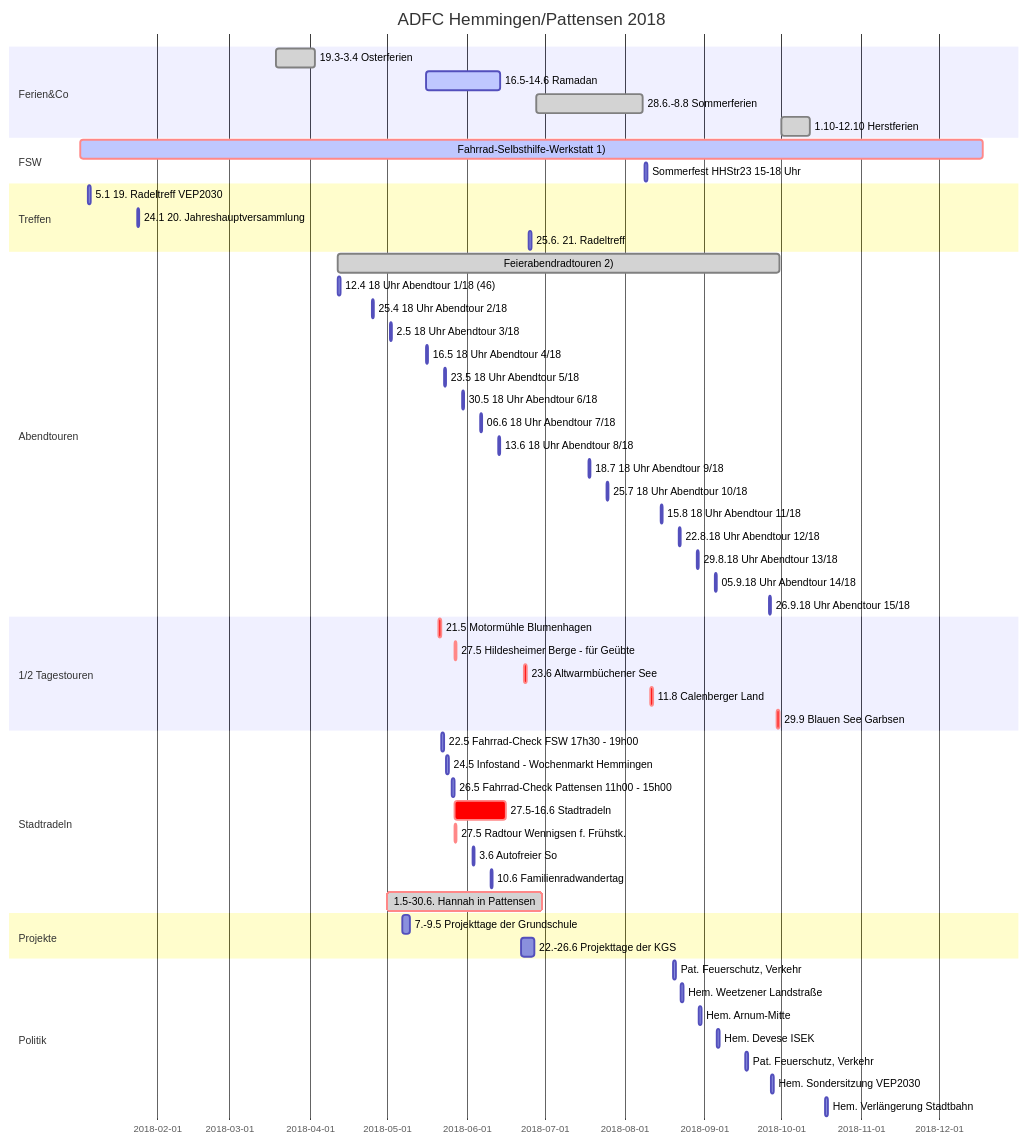
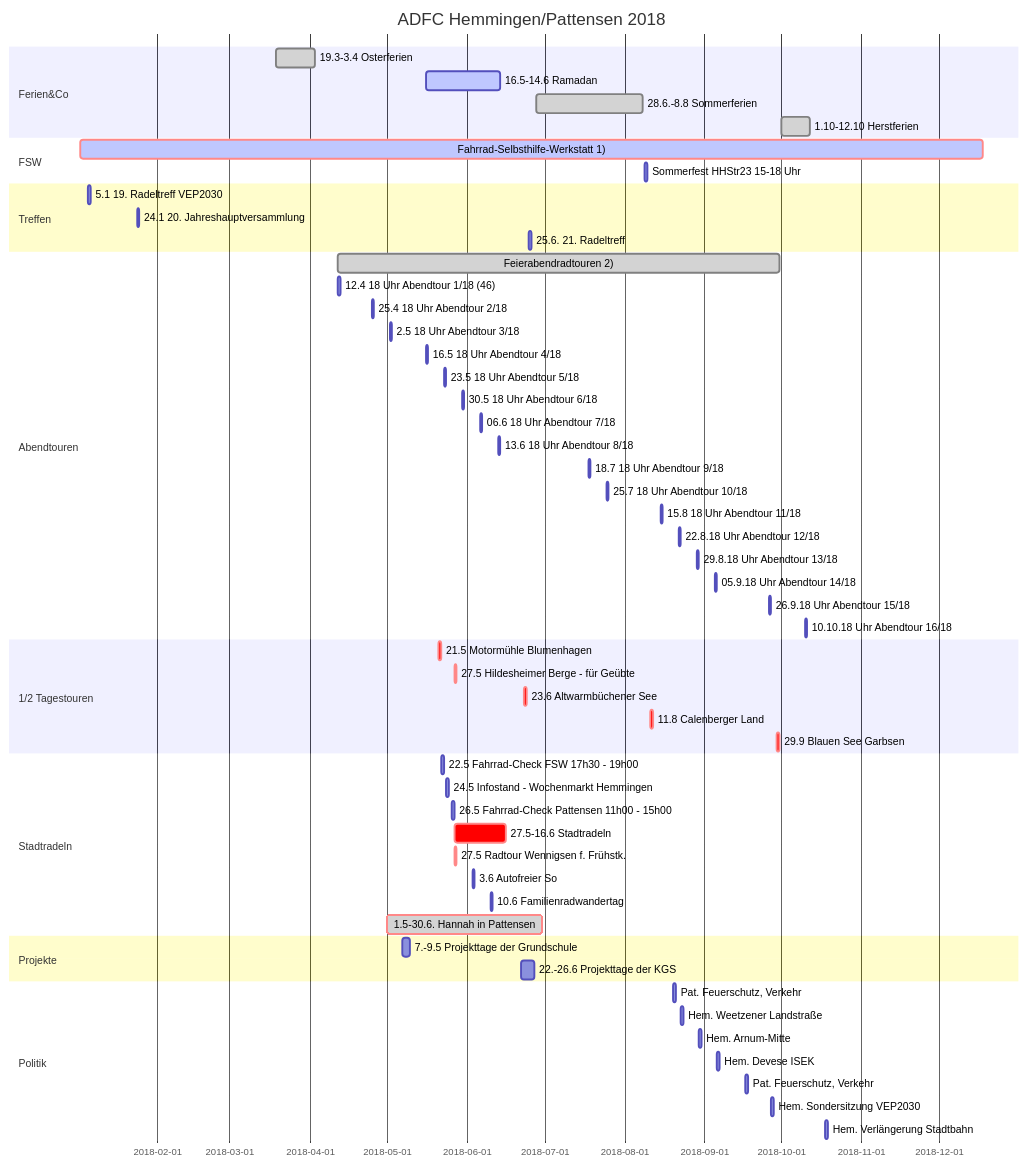
The diagram in index.md (adfc-hemmingen-pattensen/adfc-hemmingen-pattensen.github.io), drawn with Mermaid before and after one commit. The commit also changed other lines of this file and 3 other files, not shown here.

````diff
--- a/index.md
+++ b/index.md
@@ -75,69 +74,70 @@
 ```mermaid
 gantt
   title ADFC Hemmingen/Pattensen 2018
   dateFormat  DD.MM.YY
 
 section Ferien&Co
   19.3-3.4 Osterferien                        :done,        19.03.18, 03.04.18
   16.5-14.6  Ramadan                          :active,done, 16.05.18, 14.06.18
   28.6.-8.8 Sommerferien                      :done,        28.06.18, 08.08.18
   1.10-12.10 Herstferien                      :done,        01.10.18, 12.10.18
 
 section FSW
   Fahrrad-Selbsthilfe-Werkstatt 1)            :crit,active, 02.01.18, 18.12.18
   Sommerfest HHStr23  15-18 Uhr      : 09.08.18, 1d
 
 section Treffen
   5.1 19. Radeltreff VEP2030        : 05.01.18, 1d
   24.1 20. Jahreshauptversammlung   : 24.01.18, 1d
   25.6. 21. Radeltreff              : 25.06.18, 1d
 
 section Abendtouren
   Feierabendradtouren 2)        :done, 12.04.18, 30.09.18
 12.4 18 Uhr Abendtour 1/18 (46) : 12.04.18,1d
 25.4 18 Uhr Abendtour 2/18    : 25.04.18,1d
 2.5 18 Uhr Abendtour 3/18     : 02.05.18,1d
 16.5 18 Uhr Abendtour 4/18     : 16.05.18,1d
 23.5 18 Uhr Abendtour 5/18      : 23.05.18,1d
 30.5 18 Uhr Abendtour 6/18      : 30.05.18,1d
 06.6 18 Uhr Abendtour 7/18      : 06.06.18,1d
 13.6 18 Uhr Abendtour 8/18      : 13.06.18,1d
 18.7 18 Uhr Abendtour 9/18      : 18.07.18,1d
 25.7 18 Uhr Abendtour 10/18      : 25.07.18,1d
 15.8 18 Uhr Abendtour 11/18      : 15.08.18,1d
 22.8.18 Uhr Abendtour 12/18      : 22.08.18,1d
 29.8.18 Uhr Abendtour 13/18      : 29.08.18,1d
 05.9.18 Uhr Abendtour 14/18      : 05.09.18,1d
 26.9.18 Uhr Abendtour 15/18      : 26.09.18,1d
+10.10.18 Uhr Abendtour 16/18	 : 10.10.18,1d
 
 section 1/2 Tagestouren
   21.5 Motormühle Blumenhagen   :crit, 21.05.18,1d
   27.5 Hildesheimer Berge - für Geübte :crit, 27.05.18, 1d
   23.6 Altwarmbüchener See      :crit, 23.06.18,1d
   11.8 Calenberger Land         :crit, 11.08.18,1d
   29.9 Blauen See Garbsen       :crit, 29.09.18,1d
 
 
 section Stadtradeln
   22.5 Fahrrad-Check FSW 17h30 - 19h00                     :             22.05.18, 1d
   24.5 Infostand - Wochenmarkt Hemmingen : 24.05.18,1d
   26.5 Fahrrad-Check Pattensen 11h00 - 15h00              :             26.05.18, 1d
   27.5-16.6 Stadtradeln                       : crit,       27.05.18, 16.06.18
   27.5 Radtour Wennigsen f. Frühstk.          : crit,       27.05.18, 1d
   3.6 Autofreier So                           :             03.06.18, 1d
   10.6 Familienradwandertag                   :             10.06.18, 1d
   1.5-30.6.  Hannah in Pattensen              :crit, done,  01.05.18, 30.06.18
 
 section Projekte
   7.-9.5 Projekttage der Grundschule      :07.05.18, 3d
   22.-26.6 Projekttage der KGS      :22.06.18, 5d
 
 section Politik
   Pat. Feuerschutz, Verkehr                         :20.08.18, 1d
   Hem. Weetzener Landstraße                         :23.08.18, 1d
   Hem. Arnum-Mitte                                  :30.08.18, 1d
   Hem. Devese ISEK                                  :06.09.18, 1d
   Pat. Feuerschutz, Verkehr                         :17.09.18, 1d
   Hem. Sondersitzung VEP2030                        :27.09.18, 1d
   Hem. Verlängerung Stadtbahn                       :18.10.18, 1d
 ```
````
